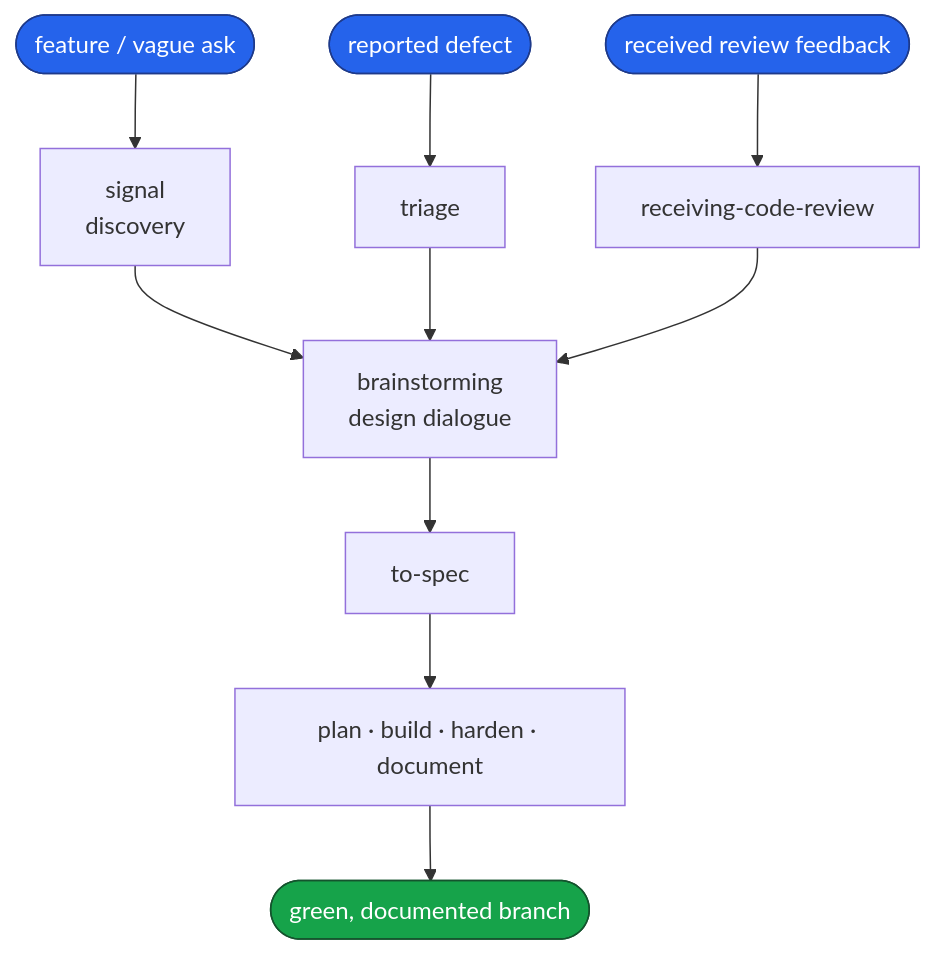
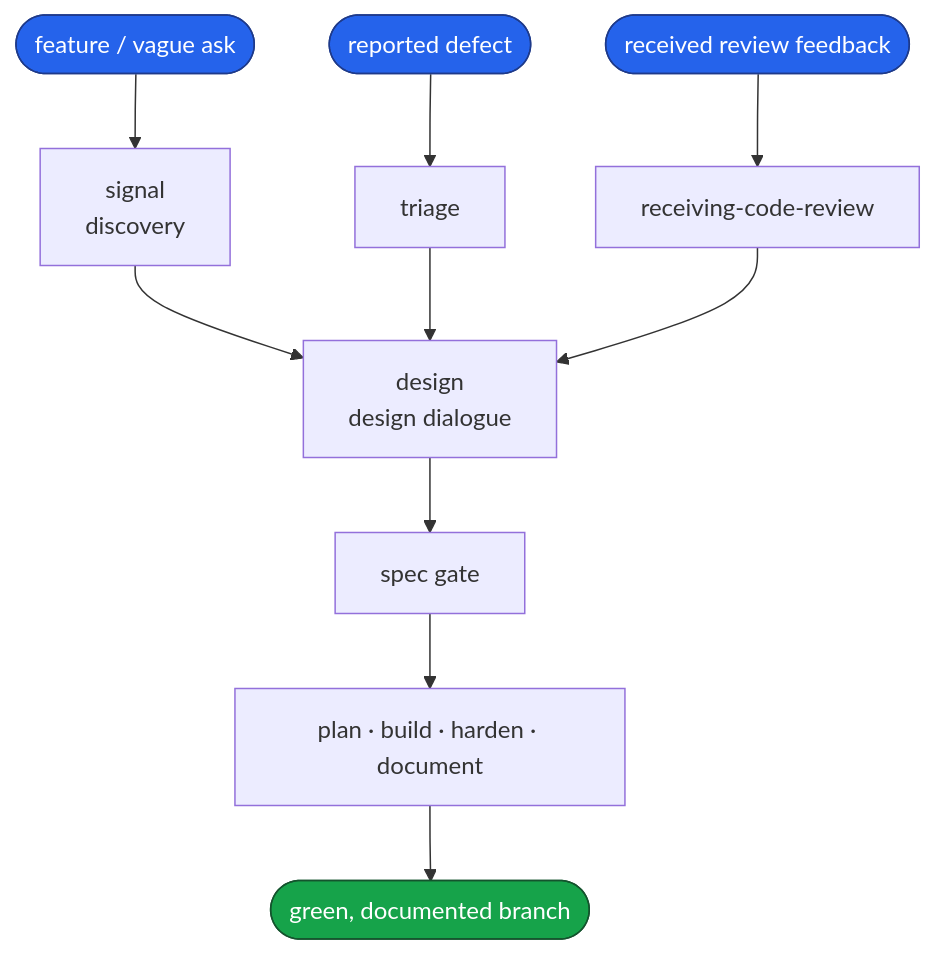
One commit to dashworthy/engineering changed the first of 6 diagrams in README.md. Above: the diagram before and after it, drawn with Mermaid. The commit also changed other lines of this file and 78 other files, not shown here.

````diff
--- a/README.md
+++ b/README.md
@@ -39,17 +38,17 @@
 ```mermaid
 flowchart TD
     classDef entry fill:#2563eb,stroke:#1e3a8a,color:#fff
     classDef done fill:#16a34a,stroke:#14532d,color:#fff
 
     F(["feature / vague ask"]):::entry --> SIG["signal<br/>discovery"]
     D(["reported defect"]):::entry --> TRI["triage"]
     R(["received review feedback"]):::entry --> RCR["receiving-code-review"]
 
-    SIG --> DES["brainstorming<br/>design dialogue"]
+    SIG --> DES["design<br/>design dialogue"]
     TRI --> DES
     RCR --> DES
 
-    DES --> SPEC["to-spec"]
+    DES --> SPEC["spec gate"]
     SPEC --> BB["plan · build · harden · document"]
     BB --> DONE(["green, documented branch"]):::done
 ```
````
